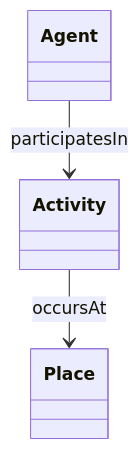
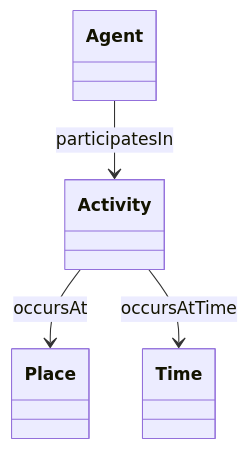
The diagram in docs/conceptual-model.md (spiel-ifremer/oake), drawn with Mermaid before and after one commit. The commit also changed other lines of this file, not shown here.

````diff
--- a/docs/conceptual-model.md
+++ b/docs/conceptual-model.md
@@ -31,10 +32,12 @@
 ```mermaid
 classDiagram
 
 class Agent
 class Activity
 class Place
+class Time
 
 Agent --> Activity : participatesIn
 Activity --> Place : occursAt
+Activity --> Time : occursAtTime
 ```
````
